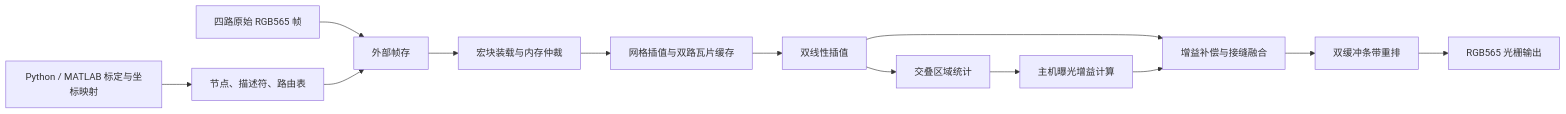
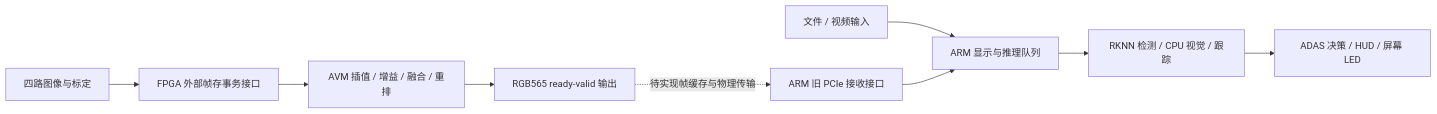
One commit to StellatoL/FPGARACE_2026_Pango_3 changed the diagram in README.md. Above: the diagram before and after it, drawn with Mermaid. The commit also changed other lines of this file and 142 other files, not shown here.

First line of the commit message:
整理 ARM/FPGA 工程并加入 PCIe 驱动：仿真与综合通过，尚未完成板级联调

````diff
--- a/README.md
+++ b/README.md
@@ -28,15 +116,11 @@
 ```mermaid
 flowchart LR
-    A[四路原始 RGB565 帧] --> B[外部帧存]
-    C[Python / MATLAB 标定与坐标映射] --> D[节点、描述符、路由表]
-    D --> B
-    B --> E[宏块装载与内存仲裁]
-    E --> F[网格插值与双路瓦片缓存]
-    F --> G[双线性插值]
-    G --> H[增益补偿与接缝融合]
-    H --> I[双缓冲条带重排]
-    I --> J[RGB565 光栅输出]
-    G --> K[交叠区域统计]
-    K --> L[主机曝光增益计算]
-    L --> H
+    A[四路图像与标定] --> B[FPGA 外部帧存事务接口]
+    B --> C[AVM 插值 / 增益 / 融合 / 重排]
+    C --> D[RGB565 ready-valid 输出]
+    D -. 待实现帧缓存与物理传输 .-> E[ARM 旧 PCIe 接收接口]
+    F[文件 / 视频输入] --> G[ARM 显示与推理队列]
+    E --> G
+    G --> H[RKNN 检测 / CPU 视觉 / 跟踪]
+    H --> I[ADAS 决策 / HUD / 屏幕 LED]
 ```
````
